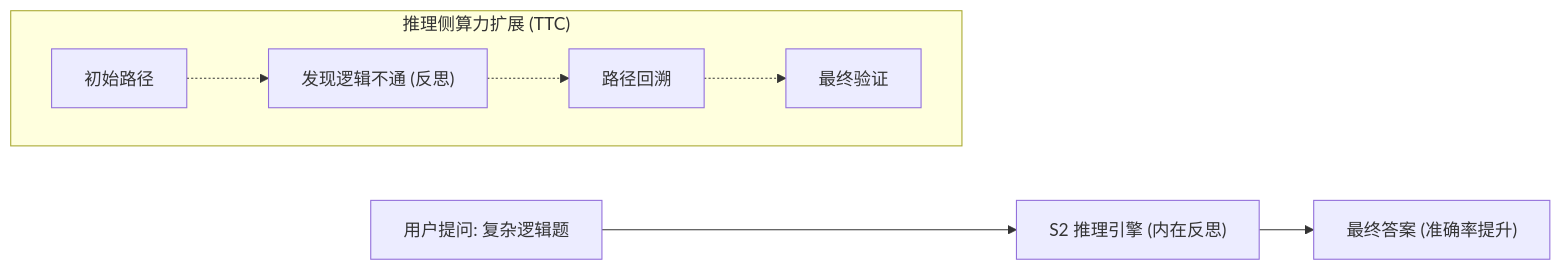
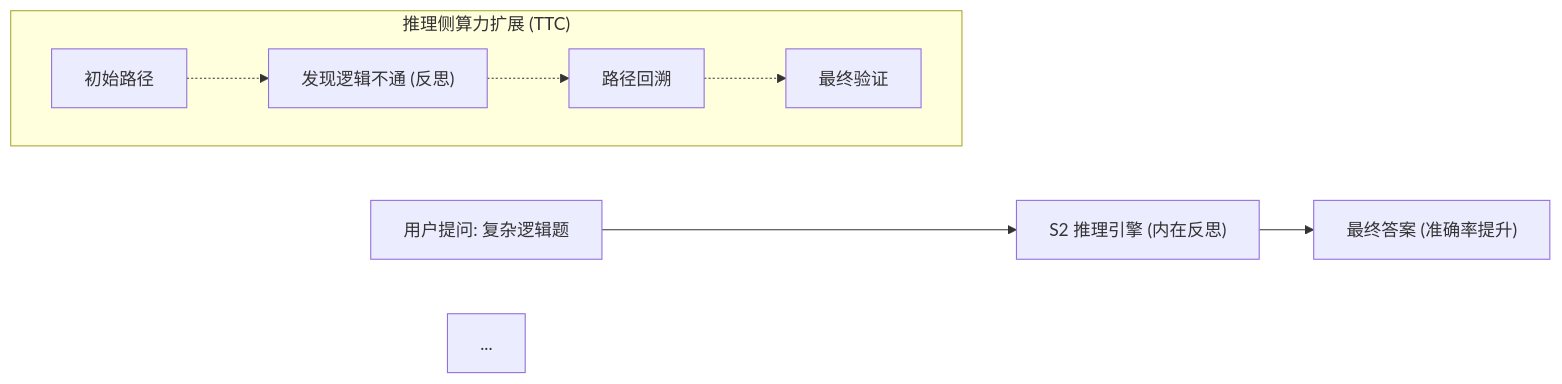
Before and after one commit to wangchong2023/ai-learning: diagram 15 of 31 in doc/AI_Knowledge_Roadmap.md, drawn with Mermaid. The commit also changed other lines of this file, not shown here.

````diff
--- a/doc/AI_Knowledge_Roadmap.md
+++ b/doc/AI_Knowledge_Roadmap.md
@@ -827,11 +950,12 @@
 ```mermaid
 graph LR
     Input["用户提问: 复杂逻辑题"] --> S2["S2 推理引擎 (内在反思)"]
+...
     subgraph S2_Internal ["推理侧算力扩展 (TTC)"]
         direction LR
         Step1["初始路径"] -.-> Step2["发现逻辑不通 (反思)"]
         Step2 -.-> Step3["路径回溯"]
         Step3 -.-> Step4["最终验证"]
     end
     S2 --> Output["最终答案 (准确率提升)"]
 ```
````
